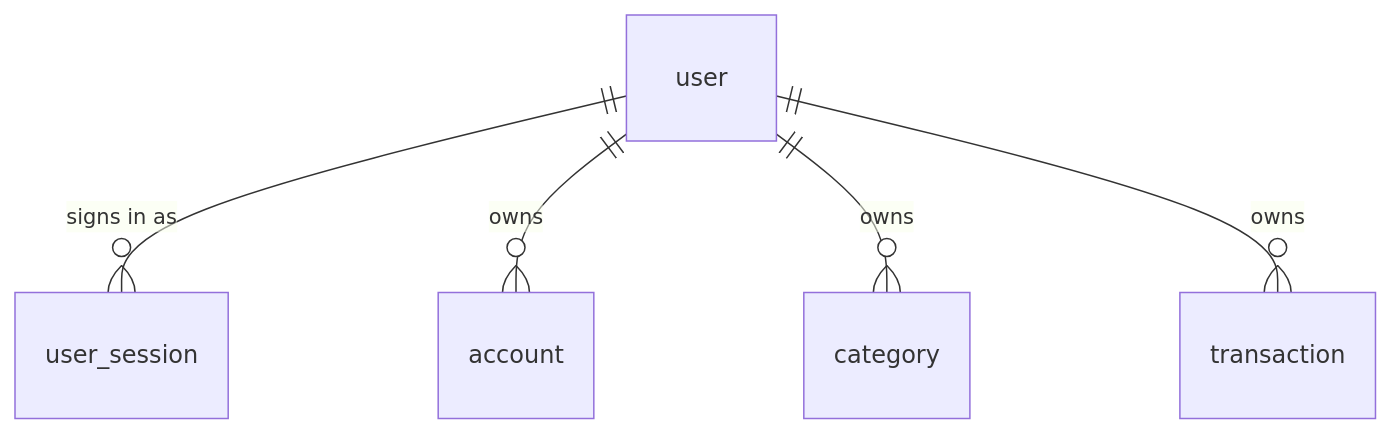
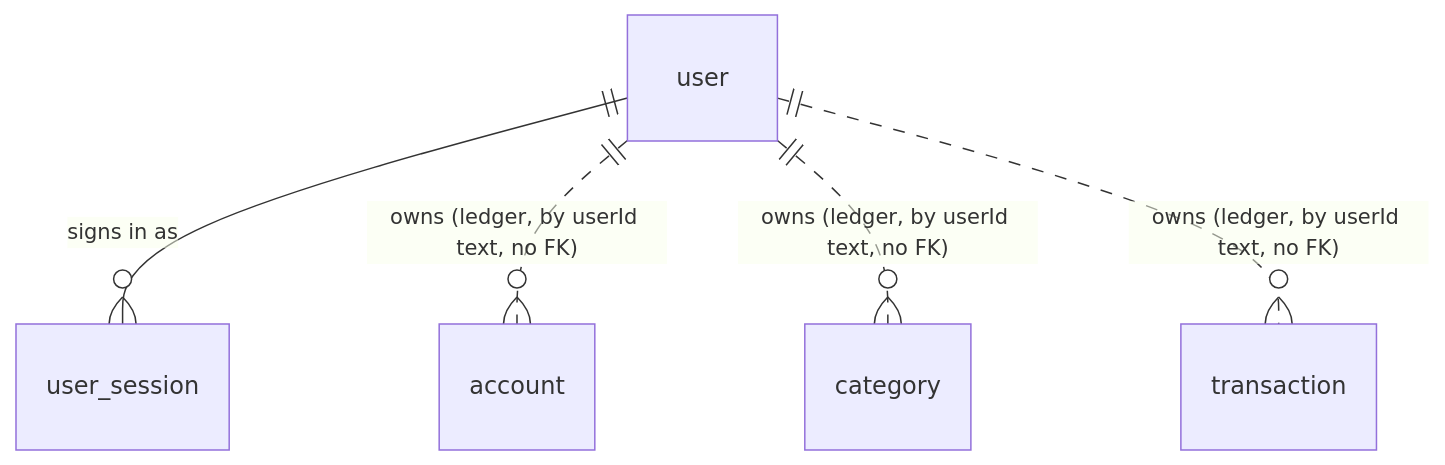
One commit to tghcastro/capital-care-v2 changed the second of 3 diagrams in .specs/features/base-authentication/plan.md. Above: the diagram before and after it, drawn with Mermaid. The commit also changed other lines of this file and 1 other file, not shown here.

````diff
--- a/.specs/features/base-authentication/plan.md
+++ b/.specs/features/base-authentication/plan.md
@@ -58,7 +59,7 @@
 ```mermaid
 erDiagram
     user ||--o{ user_session : "signs in as"
-    user ||--o{ account : owns
-    user ||--o{ category : owns
-    user ||--o{ transaction : owns
+    user ||..o{ account : "owns (ledger, by userId text, no FK)"
+    user ||..o{ category : "owns (ledger, by userId text, no FK)"
+    user ||..o{ transaction : "owns (ledger, by userId text, no FK)"
 ```
````
